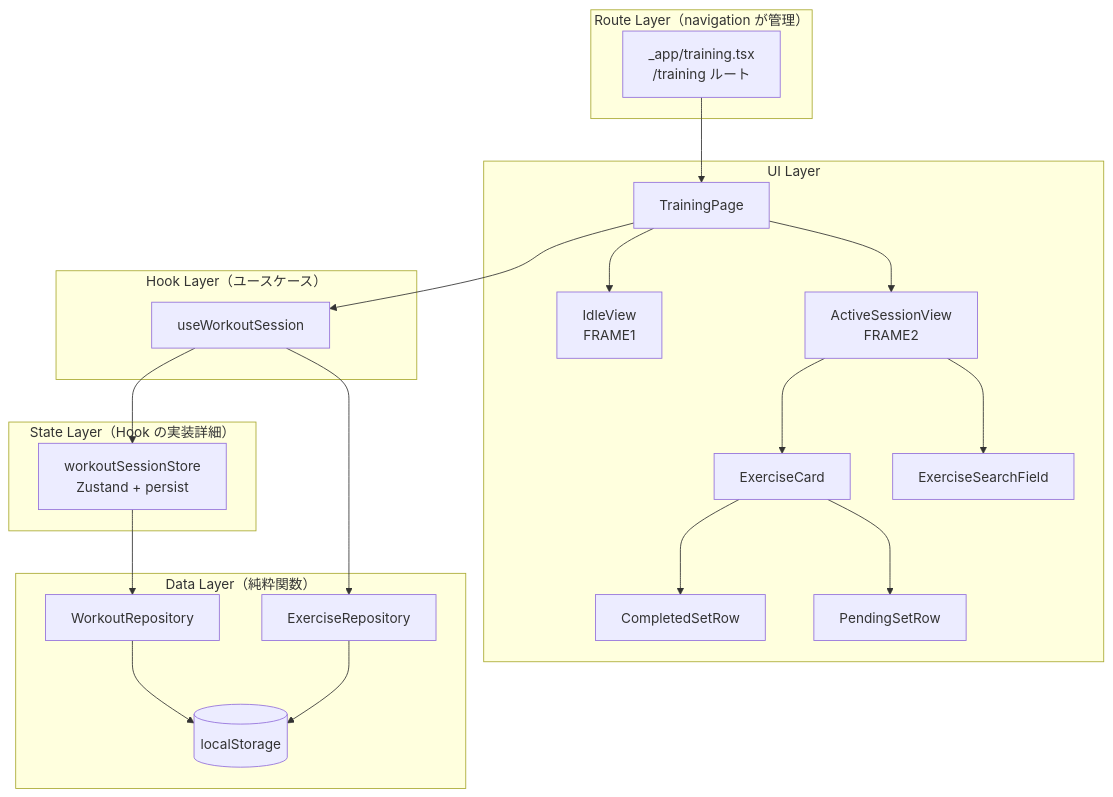
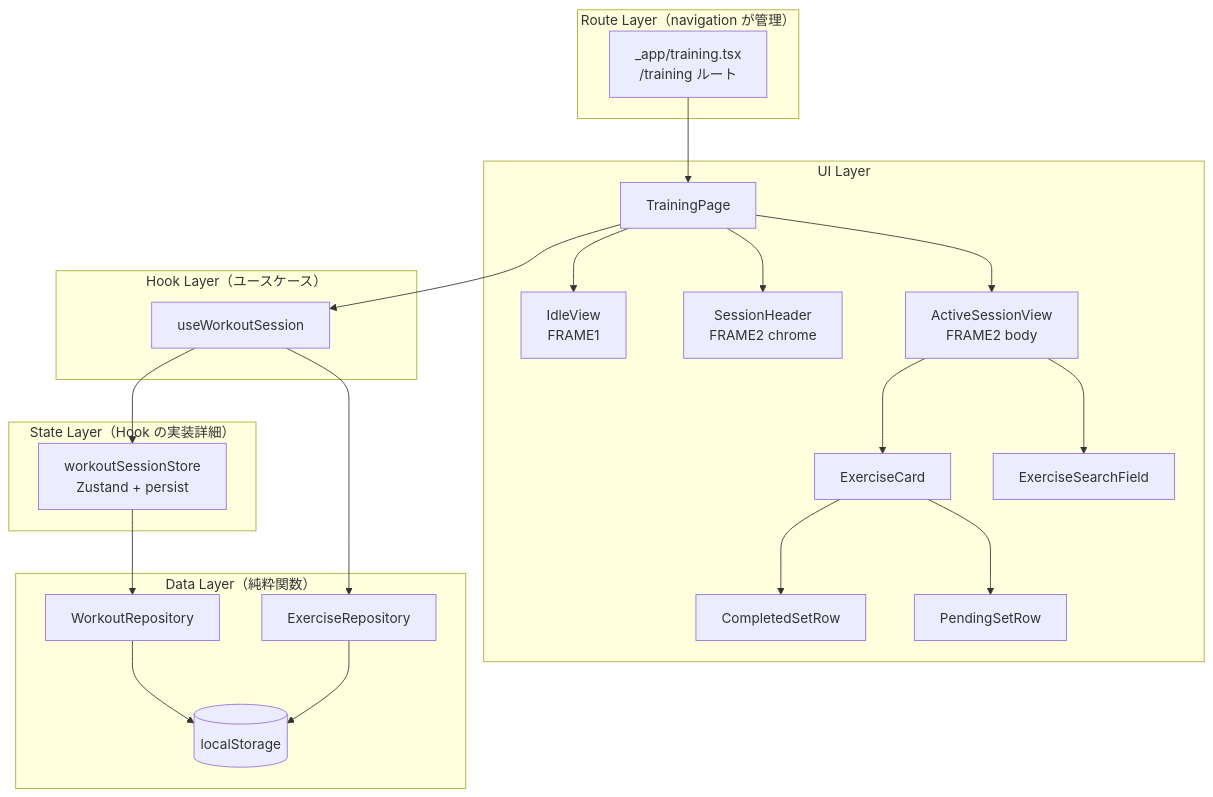
Before and after one commit to SakumaTakuya/gymini: the diagram in .sdd/specification/workout/index_design.md, drawn with Mermaid. The commit also changed other lines of this file and 17 other files, not shown here.

````diff
--- a/.sdd/specification/workout/index_design.md
+++ b/.sdd/specification/workout/index_design.md
@@ -99,44 +100,46 @@
 ```mermaid
 graph TD
     subgraph "Route Layer（navigation が管理）"
         TR["_app/training.tsx<br/>/training ルート"]
     end
 
     subgraph "UI Layer"
         TP[TrainingPage]
         IV[IdleView<br/>FRAME1]
-        AWV[ActiveSessionView<br/>FRAME2]
+        SH[SessionHeader<br/>FRAME2 chrome]
+        AWV[ActiveSessionView<br/>FRAME2 body]
         EC[ExerciseCard]
         CSR[CompletedSetRow]
         PSR[PendingSetRow]
         ESF[ExerciseSearchField]
     end
 
     subgraph "Hook Layer（ユースケース）"
         HWS[useWorkoutSession]
     end
 
     subgraph "State Layer（Hook の実装詳細）"
         WSS[workoutSessionStore<br/>Zustand + persist]
     end
 
     subgraph "Data Layer（純粋関数）"
         WR[WorkoutRepository]
         ER[ExerciseRepository]
         LS[(localStorage)]
     end
 
     TR --> TP
     TP --> IV
+    TP --> SH
     TP --> AWV
     TP --> HWS
     AWV --> EC
     AWV --> ESF
     EC --> CSR
     EC --> PSR
     HWS --> WSS
     HWS --> ER
     WSS --> WR
     WR --> LS
     ER --> LS
 ```
````
